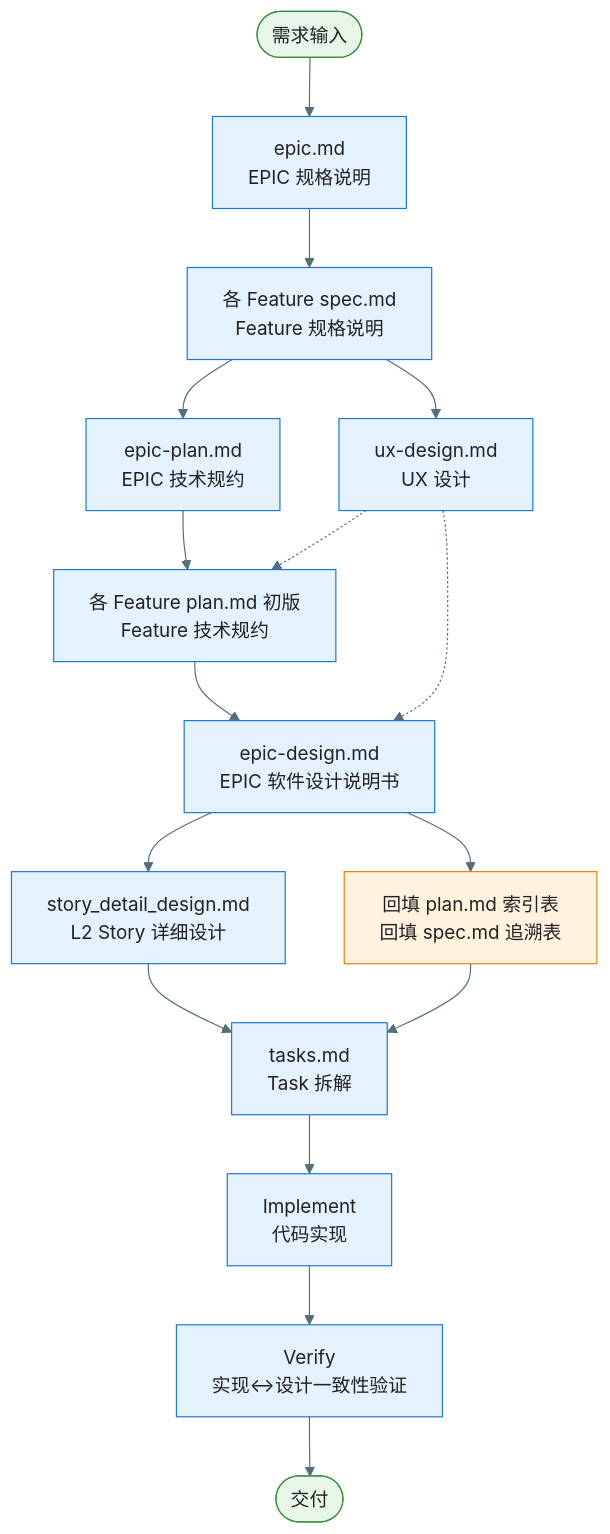
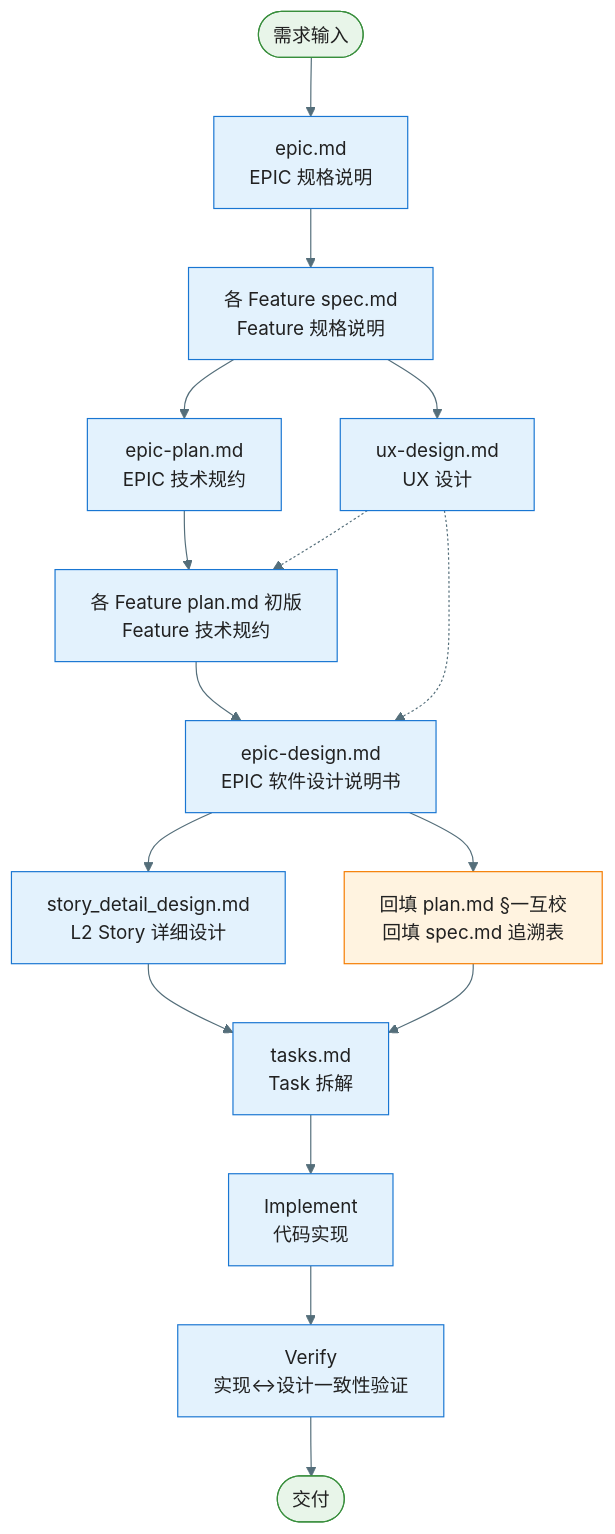
The first of 5 diagrams in .specify/workflow-overview.md (jackykarma/Verity), drawn with Mermaid before and after one commit. The commit also changed other lines of this file and 14 other files, not shown here.

First line of the commit message:
📝 docs(Spec Kit): 调整 EPIC/Feature 拆分与 plan 职责

````diff
--- a/.specify/workflow-overview.md
+++ b/.specify/workflow-overview.md
@@ -9,31 +9,31 @@
 ```mermaid
 %%{init: {'theme': 'base', 'themeVariables': { 'primaryColor': '#E3F2FD', 'primaryTextColor': '#212121', 'primaryBorderColor': '#1976D2', 'lineColor': '#546E7A'}}}%%
 flowchart TD
     Start([需求输入]) --> EpicMd["epic.md<br/>EPIC 规格说明"]
     EpicMd --> SpecMd["各 Feature spec.md<br/>Feature 规格说明"]
     SpecMd --> EpicPlan["epic-plan.md<br/>EPIC 技术规约"]
     SpecMd --> UxDesign["ux-design.md<br/>UX 设计"]
     EpicPlan --> PlanMd["各 Feature plan.md 初版<br/>Feature 技术规约"]
     UxDesign -.-> PlanMd
     PlanMd --> EpicDesign["epic-design.md<br/>EPIC 软件设计说明书"]
     UxDesign -.-> EpicDesign
     EpicDesign --> StoryDesign["story_detail_design.md<br/>L2 Story 详细设计"]
-    EpicDesign --> Backfill["回填 plan.md 索引表<br/>回填 spec.md 追溯表"]
+    EpicDesign --> Backfill["回填 plan.md §一互校<br/>回填 spec.md 追溯表"]
     StoryDesign --> TasksMd["tasks.md<br/>Task 拆解"]
     Backfill --> TasksMd
     TasksMd --> Implement["Implement<br/>代码实现"]
     Implement --> Verify["Verify<br/>实现↔设计一致性验证"]
     Verify --> Done([交付])
 
     style Start fill:#E8F5E9,stroke:#388E3C
     style Done fill:#E8F5E9,stroke:#388E3C
     style Backfill fill:#FFF3E0,stroke:#F57C00
     style EpicMd fill:#E3F2FD,stroke:#1976D2
     style SpecMd fill:#E3F2FD,stroke:#1976D2
     style EpicPlan fill:#E3F2FD,stroke:#1976D2
     style UxDesign fill:#E3F2FD,stroke:#1976D2
     style PlanMd fill:#E3F2FD,stroke:#1976D2
     style EpicDesign fill:#E3F2FD,stroke:#1976D2
     style StoryDesign fill:#E3F2FD,stroke:#1976D2
     style TasksMd fill:#E3F2FD,stroke:#1976D2
 ```
````
